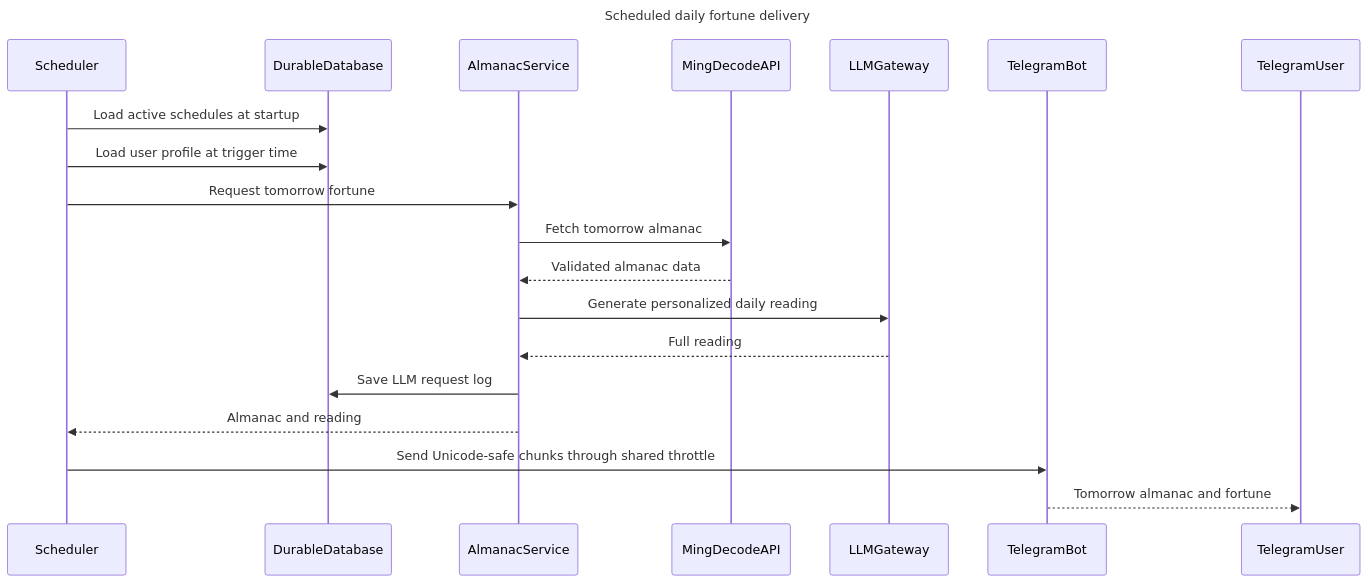
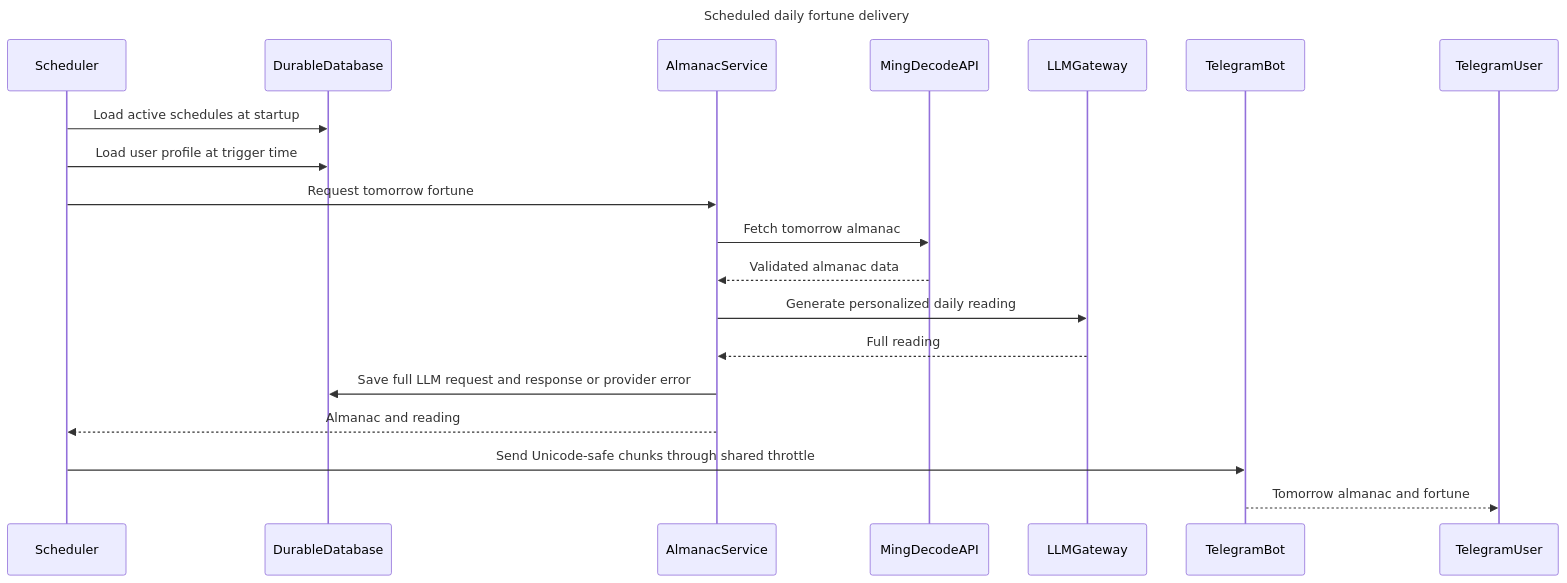
Before and after one commit to henius98/BaziFlowAgent: the fourth of 6 diagrams in docs/project-flow-sequence.md, drawn with Mermaid. The commit also changed other lines of this file and 30 other files, not shown here.

Commit message:
Allow skip birth datetime input + enhance llm log + add telegram webhook

````diff
--- a/docs/project-flow-sequence.md
+++ b/docs/project-flow-sequence.md
@@ -110,23 +119,23 @@
 ```mermaid
 sequenceDiagram
     title Scheduled daily fortune delivery
     participant Scheduler
     participant DurableDatabase
     participant AlmanacService
     participant MingDecodeAPI
     participant LLMGateway
     participant TelegramBot
     participant TelegramUser
 
     Scheduler->>DurableDatabase: Load active schedules at startup
     Scheduler->>DurableDatabase: Load user profile at trigger time
     Scheduler->>AlmanacService: Request tomorrow fortune
     AlmanacService->>MingDecodeAPI: Fetch tomorrow almanac
     MingDecodeAPI-->>AlmanacService: Validated almanac data
     AlmanacService->>LLMGateway: Generate personalized daily reading
     LLMGateway-->>AlmanacService: Full reading
-    AlmanacService->>DurableDatabase: Save LLM request log
+    AlmanacService->>DurableDatabase: Save full LLM request and response or provider error
     AlmanacService-->>Scheduler: Almanac and reading
     Scheduler->>TelegramBot: Send Unicode-safe chunks through shared throttle
     TelegramBot-->>TelegramUser: Tomorrow almanac and fortune
 ```
````
